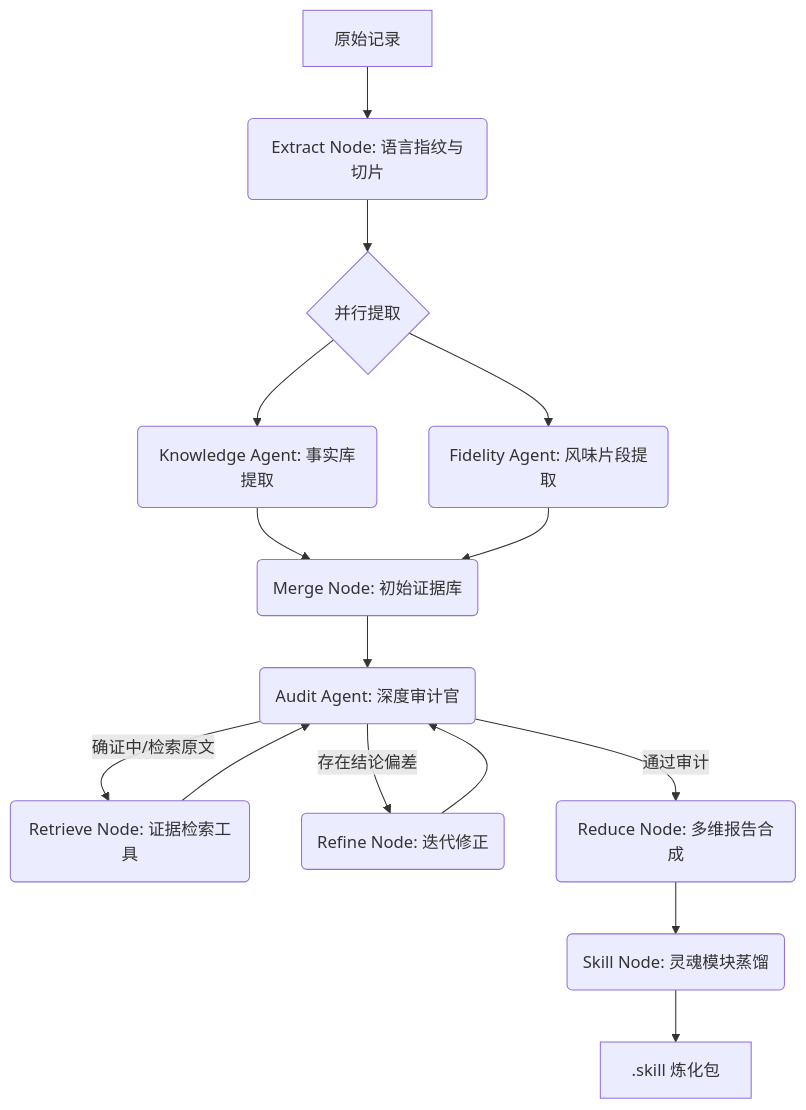
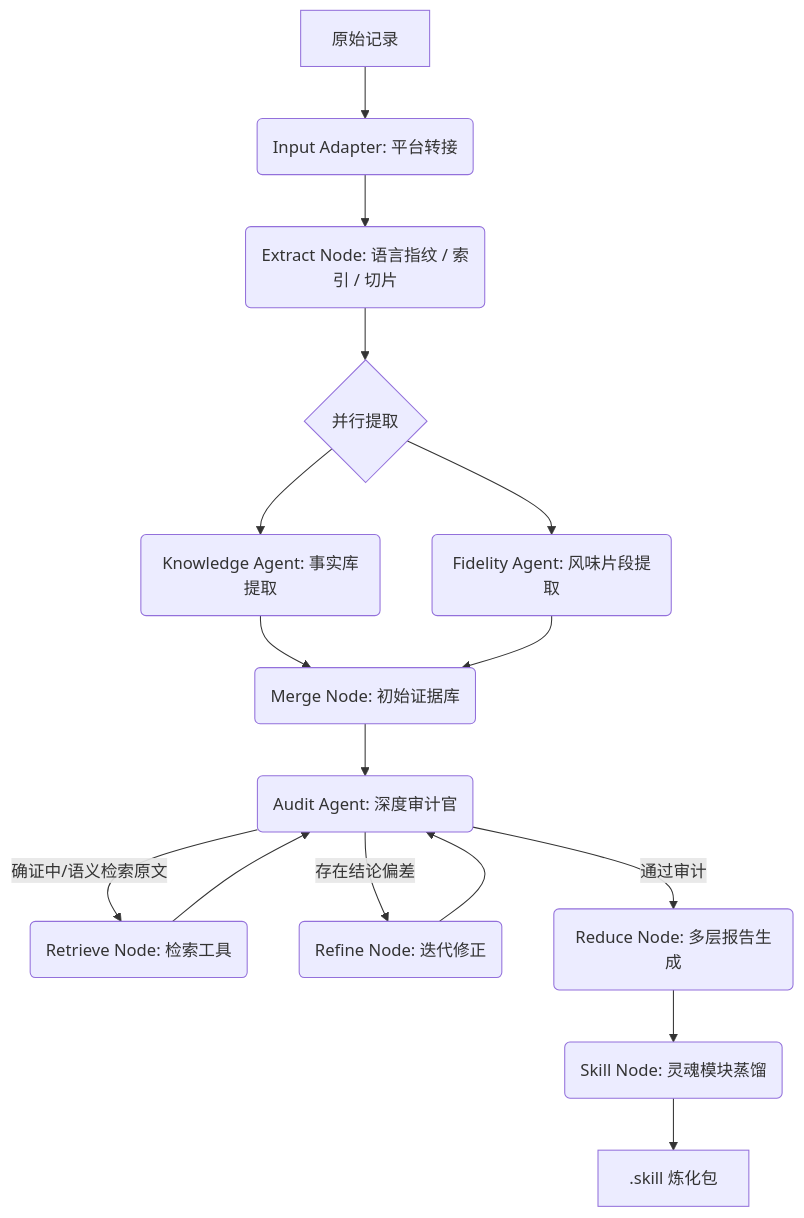
One commit to ADKcodeXD/GroupMemberUnbox-skill changed the diagram in README.md. Above: the diagram before and after it, drawn with Mermaid. The commit also changed other lines of this file and 38 other files, not shown here.

````diff
--- a/README.md
+++ b/README.md
@@ -48,16 +115,17 @@
 ```mermaid
 graph TD
-    A[原始记录] --> B(Extract Node: 语言指纹与切片)
+    A[原始记录] --> A1(Input Adapter: 平台转接)
+    A1 --> B(Extract Node: 语言指纹 / 索引 / 切片)
     B --> C{并行提取}
     C --> D(Knowledge Agent: 事实库提取)
     C --> E(Fidelity Agent: 风味片段提取)
     D & E --> F(Merge Node: 初始证据库)
     F --> G(Audit Agent: 深度审计官)
-    G -- "确证中/检索原文" --> R(Retrieve Node: 证据检索工具)
+    G -- "确证中/语义检索原文" --> R(Retrieve Node: 检索工具)
     R --> G
     G -- 存在结论偏差 --> H(Refine Node: 迭代修正)
     H --> G
-    G -- 通过审计 --> I(Reduce Node: 多维报告合成)
+    G -- 通过审计 --> I(Reduce Node: 多层报告生成)
     I --> J(Skill Node: 灵魂模块蒸馏)
     J --> K[.skill 炼化包]
 ```
````
